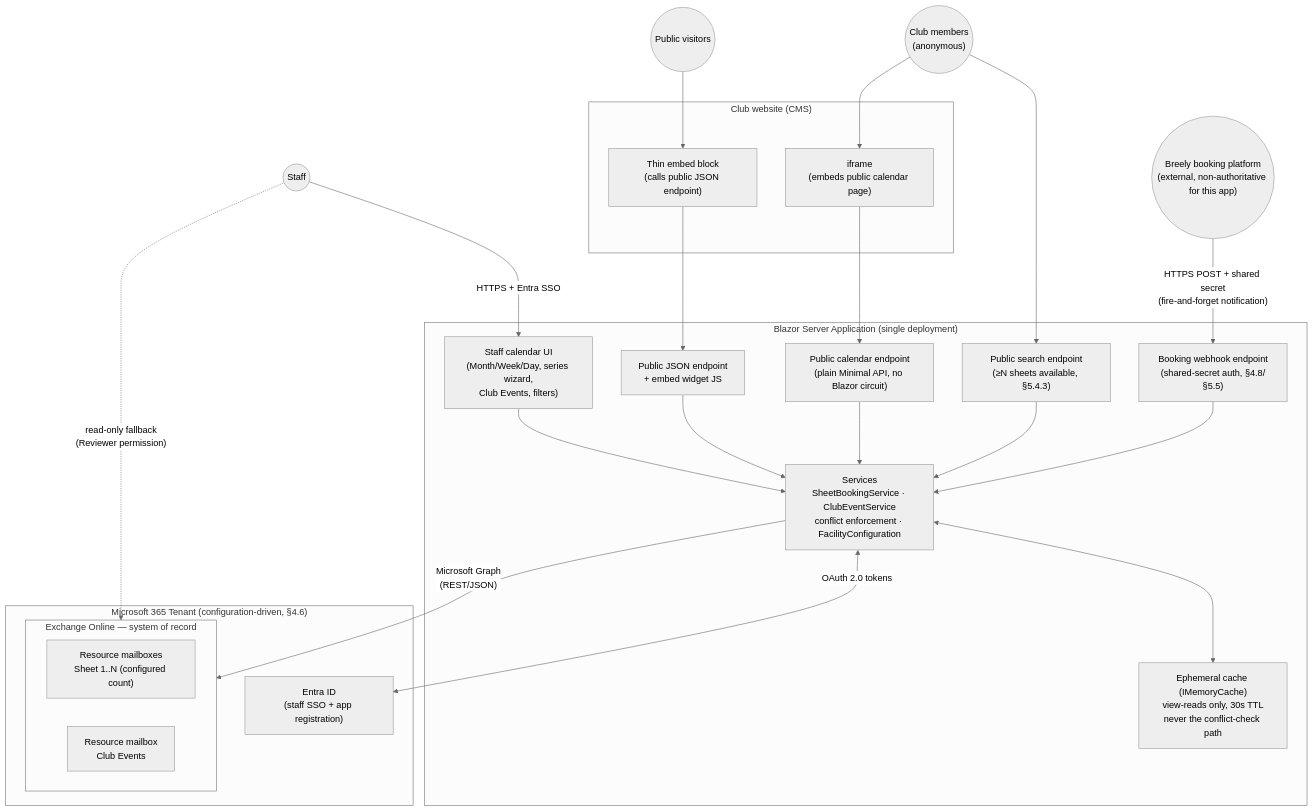
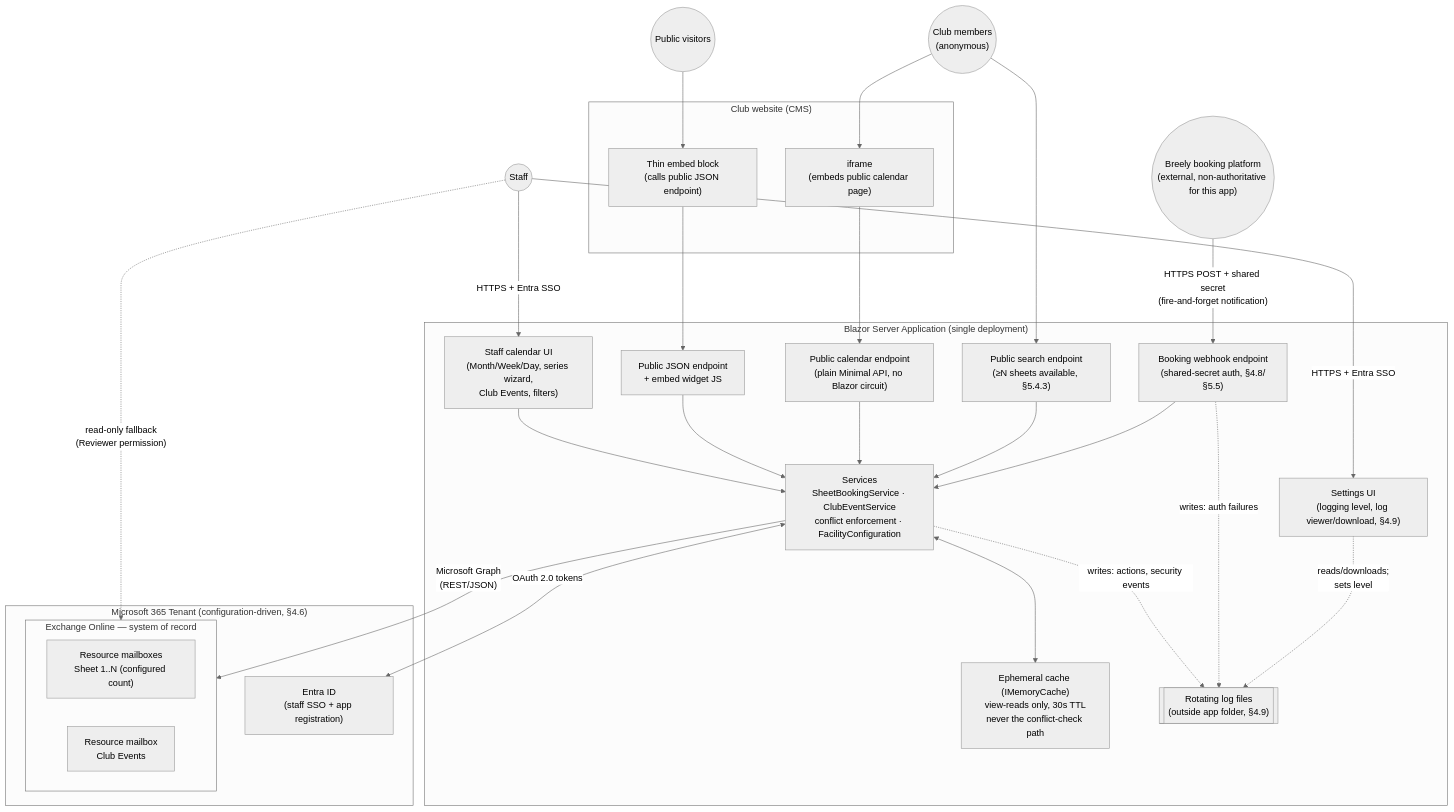
Before and after one commit to canthe64/Club_Calendar: the diagram in docs/curling-facility-scheduling-architecture.md, drawn with Mermaid (neutral theme). The commit also changed other lines of this file and 24 other files, not shown here.

First line of the commit message:
Add staff activity/debug logging and a Settings page

````diff
--- a/docs/curling-facility-scheduling-architecture.md
+++ b/docs/curling-facility-scheduling-architecture.md
@@ -74,45 +75,51 @@
 ```mermaid
 flowchart TB
     subgraph M365 ["Microsoft 365 Tenant (configuration-driven, §4.6)"]
         EID["Entra ID<br/>(staff SSO + app registration)"]
         subgraph EXO ["Exchange Online — system of record"]
             SN["Resource mailboxes<br/>Sheet 1..N (configured count)"]
             CE["Resource mailbox<br/>Club Events"]
         end
     end
 
     subgraph App ["Blazor Server Application (single deployment)"]
         UI["Staff calendar UI<br/>(Month/Week/Day, series wizard,<br/>Club Events, filters)"]
         API["Services<br/>SheetBookingService · ClubEventService<br/>conflict enforcement · FacilityConfiguration"]
         CACHE["Ephemeral cache (IMemoryCache)<br/>view-reads only, 30s TTL<br/>never the conflict-check path"]
         PUBAPI["Public JSON endpoint<br/>+ embed widget JS"]
         PUBCAL["Public calendar endpoint<br/>(plain Minimal API, no Blazor circuit)"]
         PUBSEARCH["Public search endpoint<br/>(≥N sheets available, §5.4.3)"]
         WEBHOOK["Booking webhook endpoint<br/>(shared-secret auth, §4.8/§5.5)"]
+        SETTINGS["Settings UI<br/>(logging level, log viewer/download, §4.9)"]
+        LOG[["Rotating log files<br/>(outside app folder, §4.9)"]]
     end
 
     subgraph Web ["Club website (CMS)"]
         EMBED["Thin embed block<br/>(calls public JSON endpoint)"]
         IFRAME["iframe<br/>(embeds public calendar page)"]
     end
 
     BREELY(("Breely booking platform<br/>(external, non-authoritative for this app)"))
 
     STAFF(("Staff")) -->|"HTTPS + Entra SSO"| UI
+    STAFF -->|"HTTPS + Entra SSO"| SETTINGS
     MEMBER(("Club members<br/>(anonymous)")) --> IFRAME
     MEMBER --> PUBSEARCH
     ANON(("Public visitors")) --> EMBED
     STAFF -.->|"read-only fallback<br/>(Reviewer permission)"| EXO
     BREELY -->|"HTTPS POST + shared secret<br/>(fire-and-forget notification)"| WEBHOOK
 
     UI --> API
     API <--> CACHE
     API -->|"Microsoft Graph<br/>(REST/JSON)"| EXO
     API <-->|"OAuth 2.0 tokens"| EID
     EMBED --> PUBAPI
     IFRAME --> PUBCAL
     PUBAPI --> API
     PUBCAL --> API
     PUBSEARCH --> API
     WEBHOOK --> API
+    API -.->|"writes: actions, security events"| LOG
+    WEBHOOK -.->|"writes: auth failures"| LOG
+    SETTINGS -.->|"reads/downloads;<br/>sets level"| LOG
 ```
````
